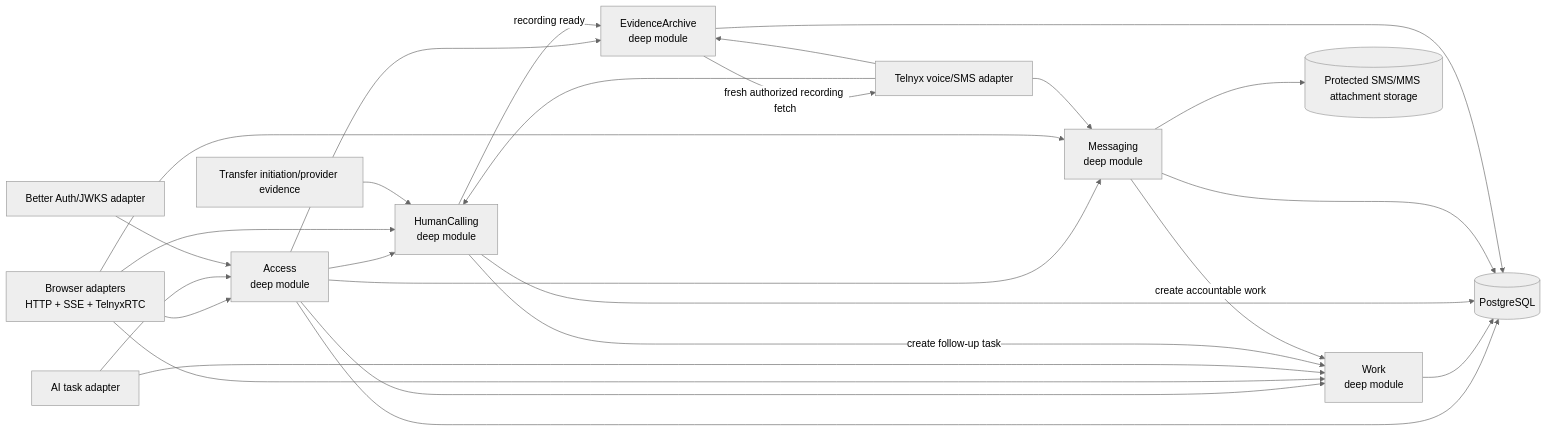
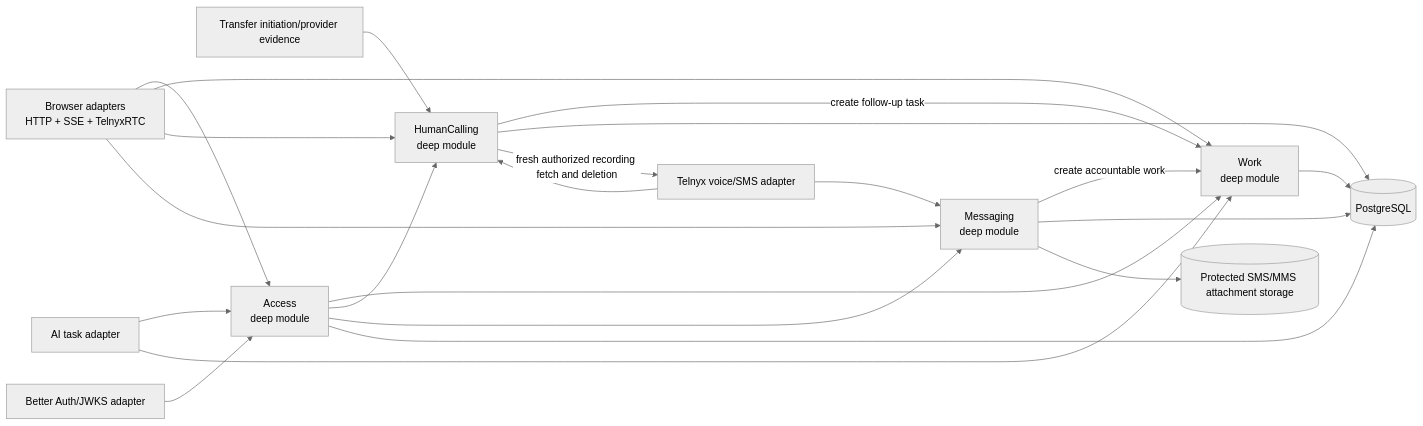
One commit to chasef07/acuity_product changed the third of 8 diagrams in docs/architecture/overview.md. Above: the diagram before and after it, drawn with Mermaid (neutral theme). The commit also changed other lines of this file and 35 other files, not shown here.

````diff
--- a/docs/architecture/overview.md
+++ b/docs/architecture/overview.md
@@ -141,48 +140,43 @@
 ```mermaid
 flowchart LR
     Browser["Browser adapters<br/>HTTP + SSE + TelnyxRTC"]
     Transfer["Transfer initiation/provider evidence"]
     AI["AI task adapter"]
     Telnyx["Telnyx voice/SMS adapter"]
     Auth["Better Auth/JWKS adapter"]
 
     Access["Access<br/>deep module"]
     Work["Work<br/>deep module"]
     Calling["HumanCalling<br/>deep module"]
     Messaging["Messaging<br/>deep module"]
-    Evidence["EvidenceArchive<br/>deep module"]
 
     DB[("PostgreSQL")]
     Objects[("Protected SMS/MMS attachment storage")]
 
     Browser --> Access
     AI --> Access
     Auth --> Access
 
     Access --> Work
     Access --> Calling
     Access --> Messaging
-    Access --> Evidence
 
     Browser --> Work
     Browser --> Calling
     Browser --> Messaging
 
     AI --> Work
     Transfer --> Calling
     Telnyx --> Calling
     Telnyx --> Messaging
-    Telnyx --> Evidence
 
     Calling -->|"create follow-up task"| Work
     Messaging -->|"create accountable work"| Work
-    Calling -->|"recording ready"| Evidence
 
     Access --> DB
     Work --> DB
     Calling --> DB
     Messaging --> DB
-    Evidence --> DB
-    Evidence -->|"fresh authorized recording fetch"| Telnyx
+    Calling -->|"fresh authorized recording fetch and deletion"| Telnyx
     Messaging --> Objects
 ```
````
